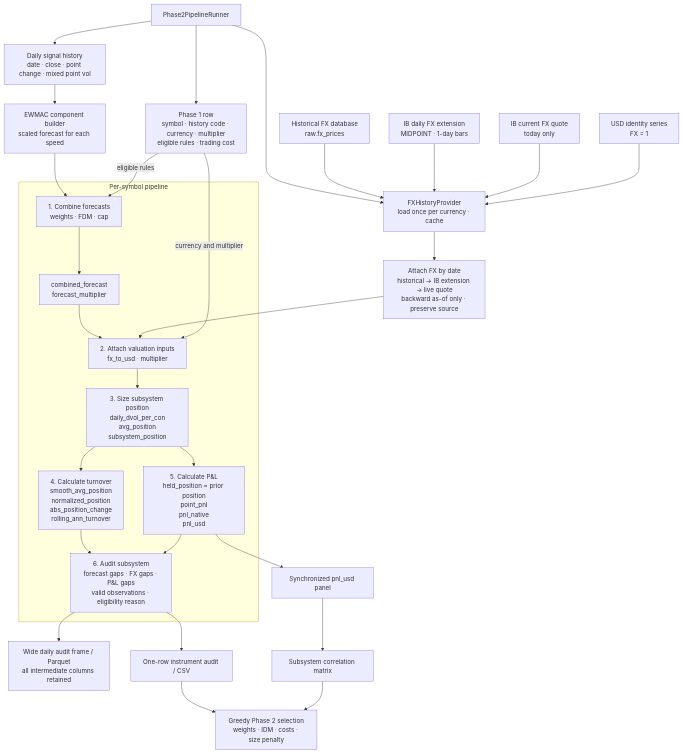
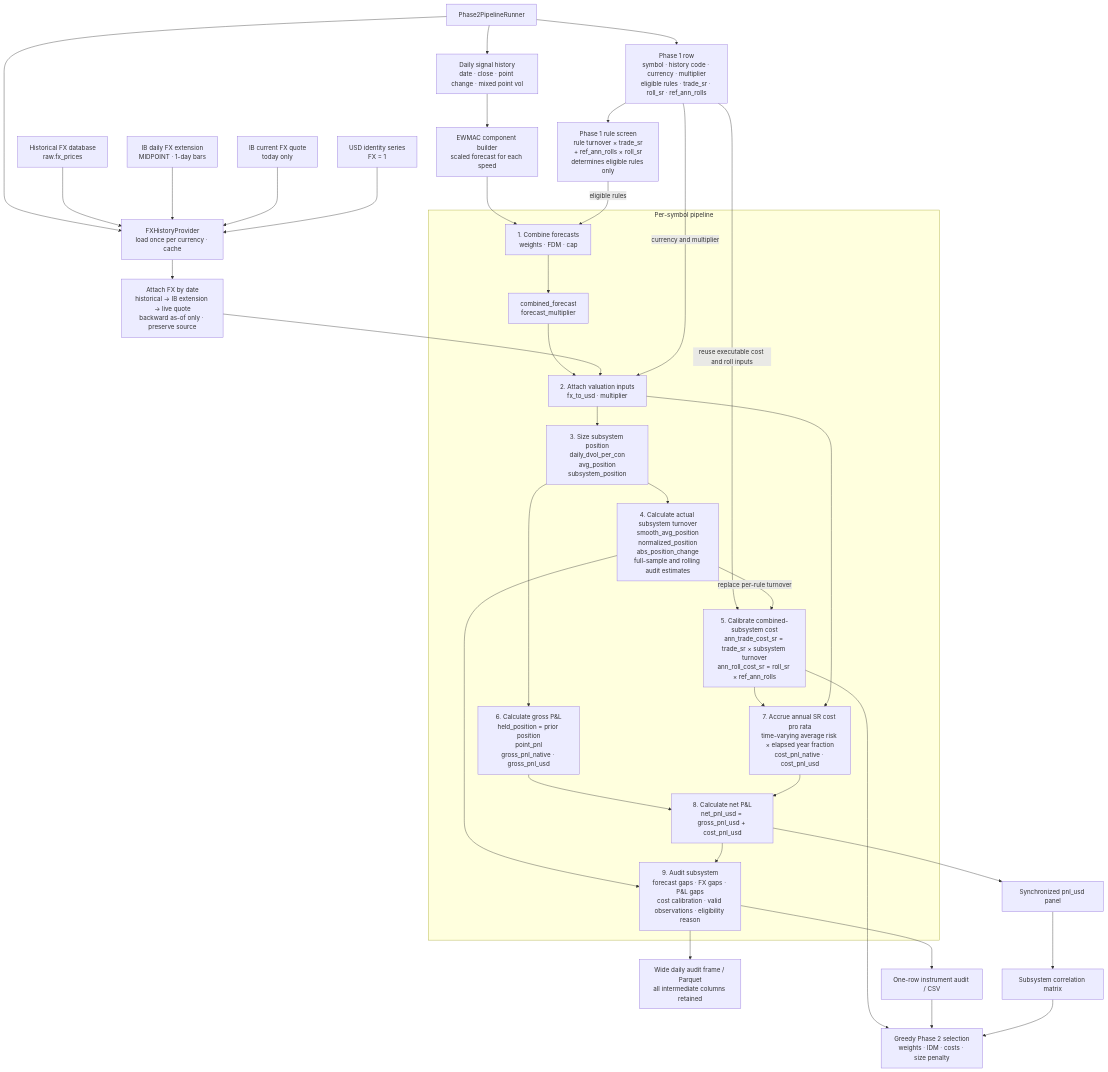
Before and after one commit to ericlief/derivatives-bt-engine: the diagram in research/pysystemtrade-instrument-selection.md, drawn with Mermaid. The commit also changed other lines of this file, not shown here.

First line of the commit message:
Document subsystem cost flow

````diff
--- a/research/pysystemtrade-instrument-selection.md
+++ b/research/pysystemtrade-instrument-selection.md
@@ -537,7 +537,8 @@
 flowchart TD
     Runner["Phase2PipelineRunner"]
 
-    Phase1["Phase 1 row<br/>symbol · history code · currency · multiplier<br/>eligible rules · trading cost"]
+    Phase1["Phase 1 row<br/>symbol · history code · currency · multiplier<br/>eligible rules · trade_sr · roll_sr · ref_ann_rolls"]
+    RuleScreen["Phase 1 rule screen<br/>rule turnover × trade_sr<br/>+ ref_ann_rolls × roll_sr<br/>determines eligible rules only"]
     Prices["Daily signal history<br/>date · close · point change · mixed point vol"]
     Components["EWMAC component builder<br/>scaled forecast for each speed"]
 
@@ -557,11 +558,17 @@
 
         Sizing["3. Size subsystem position<br/>daily_dvol_per_con<br/>avg_position<br/>subsystem_position"]
 
-        Turnover["4. Calculate turnover<br/>smooth_avg_position<br/>normalized_position<br/>abs_position_change<br/>rolling_ann_turnover"]
+        Turnover["4. Calculate actual subsystem turnover<br/>smooth_avg_position<br/>normalized_position<br/>abs_position_change<br/>full-sample and rolling audit estimates"]
 
-        PnL["5. Calculate P&L<br/>held_position = prior position<br/>point_pnl<br/>pnl_native<br/>pnl_usd"]
+        Cost["5. Calibrate combined-subsystem cost<br/>ann_trade_cost_sr = trade_sr × subsystem turnover<br/>ann_roll_cost_sr = roll_sr × ref_ann_rolls"]
 
-        Audit["6. Audit subsystem<br/>forecast gaps · FX gaps · P&L gaps<br/>valid observations · eligibility reason"]
+        GrossPnL["6. Calculate gross P&L<br/>held_position = prior position<br/>point_pnl<br/>gross_pnl_native · gross_pnl_usd"]
+
+        CostPnL["7. Accrue annual SR cost pro rata<br/>time-varying average risk × elapsed year fraction<br/>cost_pnl_native · cost_pnl_usd"]
+
+        NetPnL["8. Calculate net P&L<br/>net_pnl_usd = gross_pnl_usd + cost_pnl_usd"]
+
+        Audit["9. Audit subsystem<br/>forecast gaps · FX gaps · P&L gaps<br/>cost calibration · valid observations · eligibility reason"]
     end
 
     DailyOutput["Wide daily audit frame / Parquet<br/>all intermediate columns retained"]
@@ -576,7 +583,8 @@
 
     Prices --> Components
     Components --> Combine
-    Phase1 -->|"eligible rules"| Combine
+    Phase1 --> RuleScreen
+    RuleScreen -->|"eligible rules"| Combine
     Combine --> ForecastFrame
 
     HistFX --> FXProvider
@@ -591,14 +599,21 @@
 
     Valuation --> Sizing
     Sizing --> Turnover
-    Sizing --> PnL
+    Phase1 -->|"reuse executable cost and roll inputs"| Cost
+    Turnover -->|"replace per-rule turnover"| Cost
+    Sizing --> GrossPnL
+    Cost --> CostPnL
+    Valuation --> CostPnL
+    GrossPnL --> NetPnL
+    CostPnL --> NetPnL
     Turnover --> Audit
-    PnL --> Audit
+    NetPnL --> Audit
 
     Audit --> DailyOutput
     Audit --> SummaryOutput
-    PnL --> ReturnPanel
+    NetPnL --> ReturnPanel
     ReturnPanel --> Correlation
+    Cost --> Selection
     SummaryOutput --> Selection
     Correlation --> Selection
 ```
````
